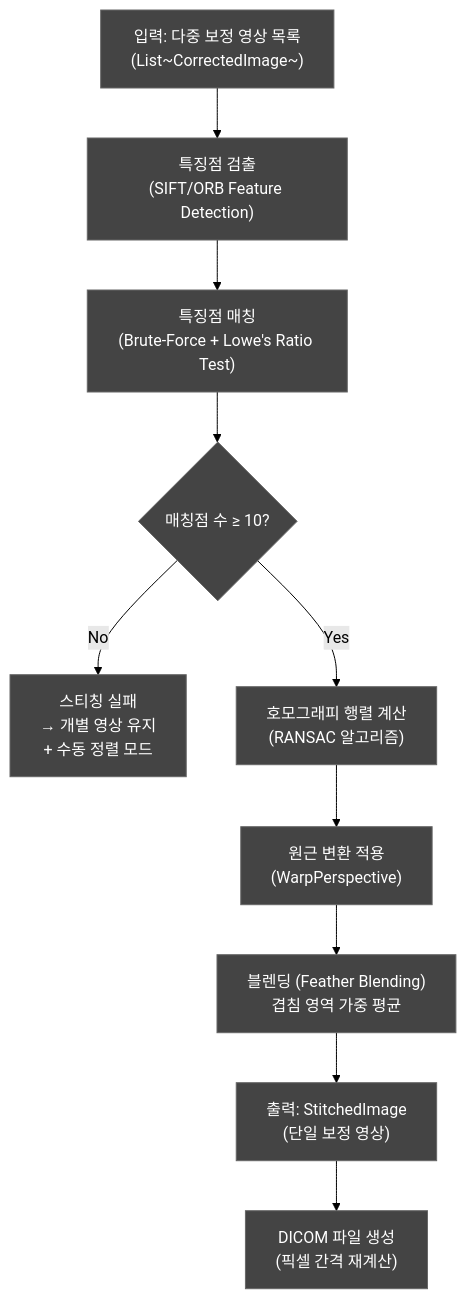
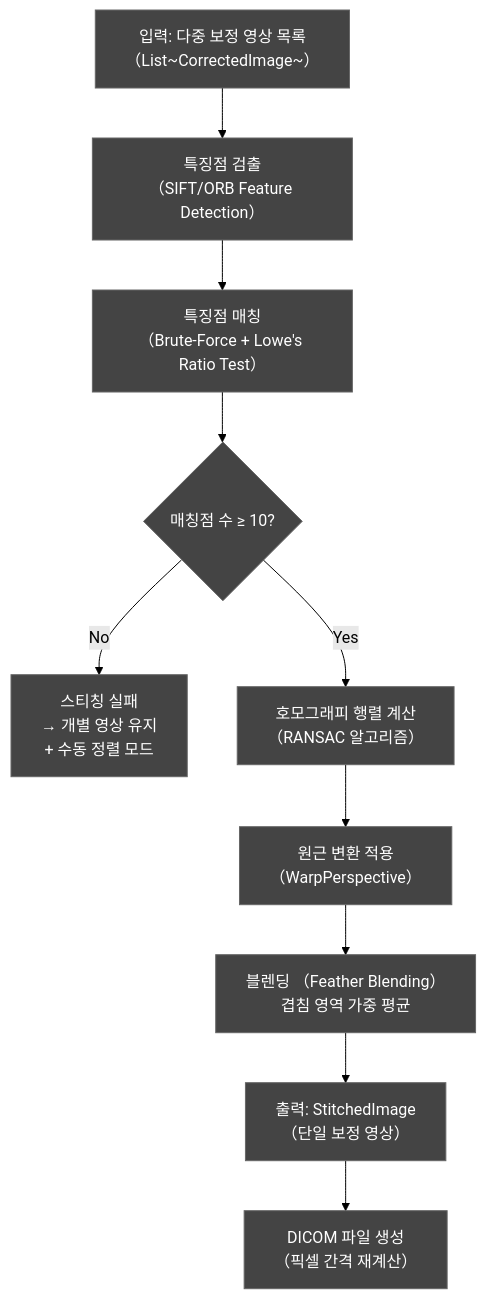
One commit to holee9/console-gui changed diagram 21 of 23 in docs/planning/DOC-007_SDS_v1.0.md. Above: the diagram before and after it, drawn with Mermaid (forest theme). The commit also changed other lines of this file and 22 other files, not shown here.

First line of the commit message:
fix: Mermaid flowchart 노드 내 괄호 파싱 오류 전면 수정

````diff
--- a/docs/planning/DOC-007_SDS_v1.0.md
+++ b/docs/planning/DOC-007_SDS_v1.0.md
@@ -1908,13 +1908,13 @@
 ```mermaid
 flowchart TD
-    A["입력: 다중 보정 영상 목록\n(List~CorrectedImage~)"] --> B["특징점 검출\n(SIFT/ORB Feature Detection)"]
-    B --> C["특징점 매칭\n(Brute-Force + Lowe's Ratio Test)"]
+    A["입력: 다중 보정 영상 목록\n（List~CorrectedImage~）"] --> B["특징점 검출\n（SIFT/ORB Feature Detection）"]
+    B --> C["특징점 매칭\n（Brute-Force + Lowe's Ratio Test）"]
     C --> D{"매칭점 수 ≥ 10?"}
     D -->|No| E["스티칭 실패\n→ 개별 영상 유지\n+ 수동 정렬 모드"]
-    D -->|Yes| F["호모그래피 행렬 계산\n(RANSAC 알고리즘)"]
-    F --> G["원근 변환 적용\n(WarpPerspective)"]
-    G --> H["블렌딩 (Feather Blending)\n겹침 영역 가중 평균"]
-    H --> I["출력: StitchedImage\n(단일 보정 영상)"]
-    I --> J["DICOM 파일 생성\n(픽셀 간격 재계산)"]
+    D -->|Yes| F["호모그래피 행렬 계산\n（RANSAC 알고리즘）"]
+    F --> G["원근 변환 적용\n（WarpPerspective）"]
+    G --> H["블렌딩 （Feather Blending）\n겹침 영역 가중 평균"]
+    H --> I["출력: StitchedImage\n（단일 보정 영상）"]
+    I --> J["DICOM 파일 생성\n（픽셀 간격 재계산）"]
     classDef default fill:#444,stroke:#666,color:#fff
 ```
````
